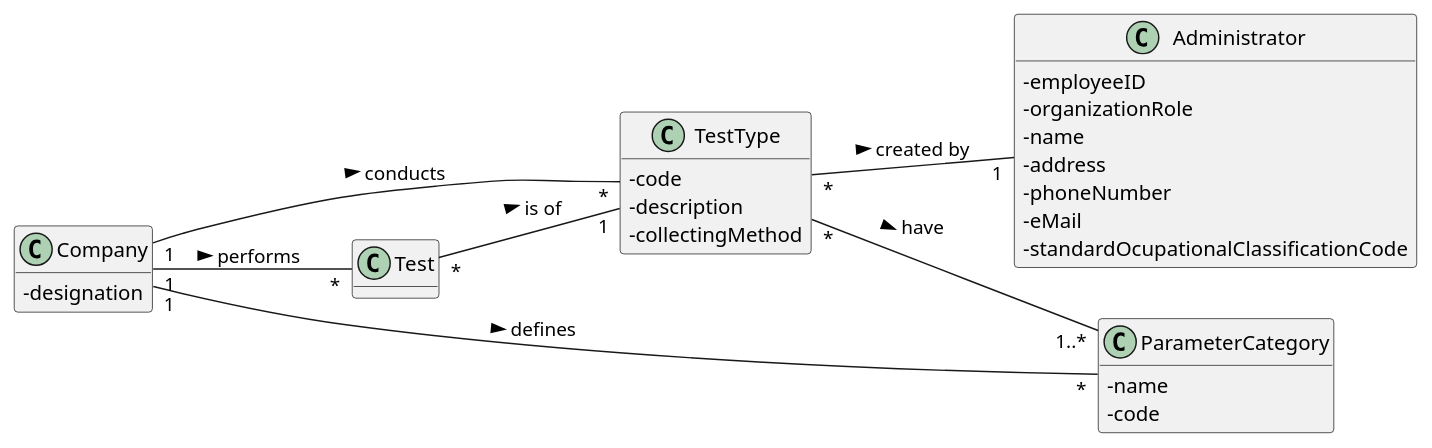
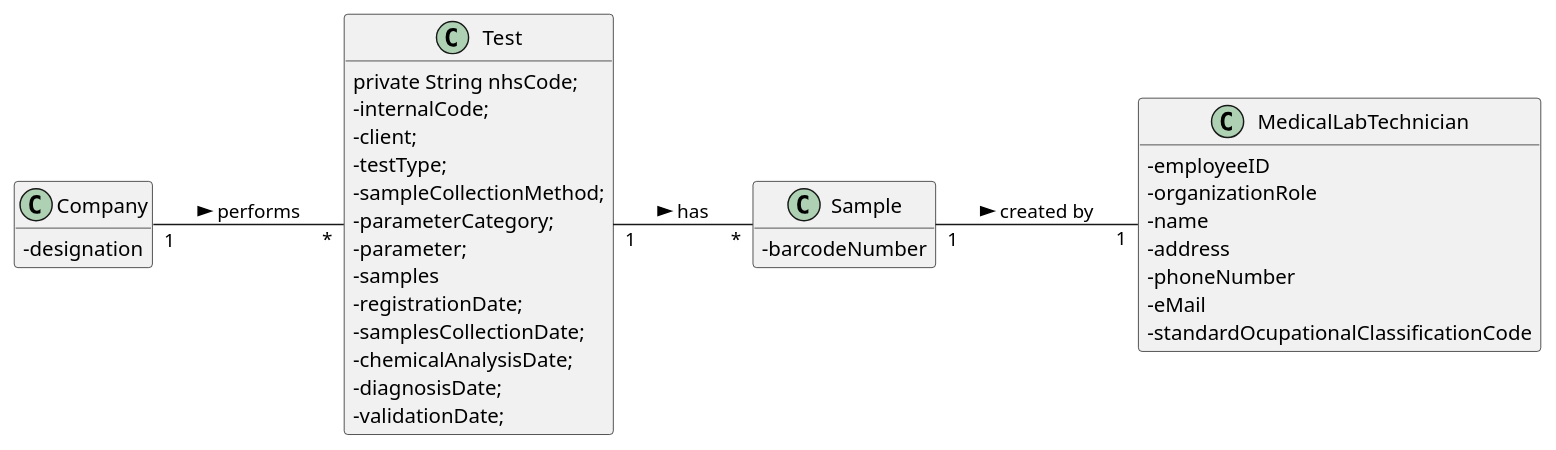
Before and after one commit to RuiRioPina/LAPR2-20-21: the diagram in docs/SprintC/US_5/UC5_MD.puml, drawn with PlantUML. The commit also changed 6 other files, not shown here.

```diff
--- a/docs/SprintC/US_5/UC5_MD.puml
+++ b/docs/SprintC/US_5/UC5_MD.puml
@@ -1,39 +1,43 @@
 @startuml
 skinparam classAttributeIconSize 0
 hide methods
 left to right direction
 
-class TestType {
-  -code
-  -description
-  -collectingMethod
+class Sample {
+  -barcodeNumber
 }
 
 class Company {
   -designation
 }
 
 class Test {
+private String nhsCode;
+  -internalCode;
+  -client;
+  -testType;
+  -sampleCollectionMethod;
+  -parameterCategory;
+  -parameter;
+  -samples
+  -registrationDate;
+  -samplesCollectionDate;
+  -chemicalAnalysisDate;
+  -diagnosisDate;
+  -validationDate;
 }
 
-class Administrator {
+class MedicalLabTechnician {
   -employeeID
   -organizationRole
   -name
   -address
   -phoneNumber
   -eMail
   -standardOcupationalClassificationCode
 }
 
-class ParameterCategory {
-  -name
-  -code
-}
-Company "1" -- "*" TestType : conducts >
-Company "1" -- "*" ParameterCategory : defines >
-Test "*" -- "1" TestType : is of >
 Company "1" -- "*" Test : performs >
-TestType "*" -- "1" Administrator : created by >
-TestType "*" -- "1..*" ParameterCategory : have >
+Test "1" -- "*" Sample : has >
+Sample "1" -- "1" MedicalLabTechnician : created by >
 @enduml
```
